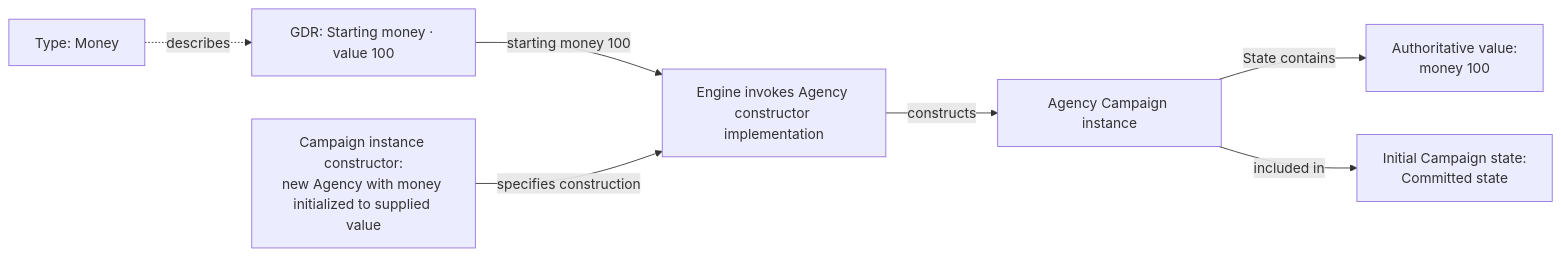
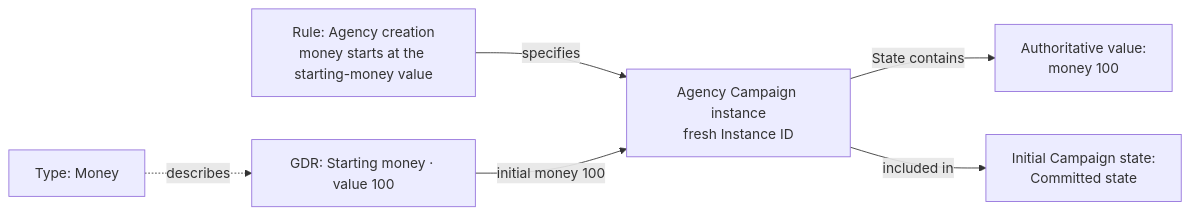
The first of 5 diagrams in docs/specs/foundation/campaign-modeling-contract.md (konrad-jamrozik/game-v5), drawn with Mermaid before and after one commit. The commit also changed other lines of this file and 8 other files, not shown here.

First line of the commit message:
Replace Campaign instance constructors with creation Rules

````diff
--- a/docs/specs/foundation/campaign-modeling-contract.md
+++ b/docs/specs/foundation/campaign-modeling-contract.md
@@ -169,9 +166,8 @@
 ```mermaid
 flowchart LR
     Type["Type: Money"] -.->|describes| GDR["GDR: Starting money · value 100"]
-    GDR -->|starting money 100| Engine["Engine invokes Agency constructor implementation"]
-    Constructor["Campaign instance constructor:<br/>new Agency with money initialized to supplied value"] -->|specifies construction| Engine
-    Engine -->|constructs| Agency["Agency Campaign instance"]
+    Rule["Rule: Agency creation<br/>money starts at the starting-money value"] -->|specifies| Agency["Agency Campaign instance<br/>fresh Instance ID"]
+    GDR -->|initial money 100| Agency
     Agency -->|State contains| Money["Authoritative value:<br/>money 100"]
     Agency -->|included in| State["Initial Campaign state:<br/>Committed state"]
 ```
````
